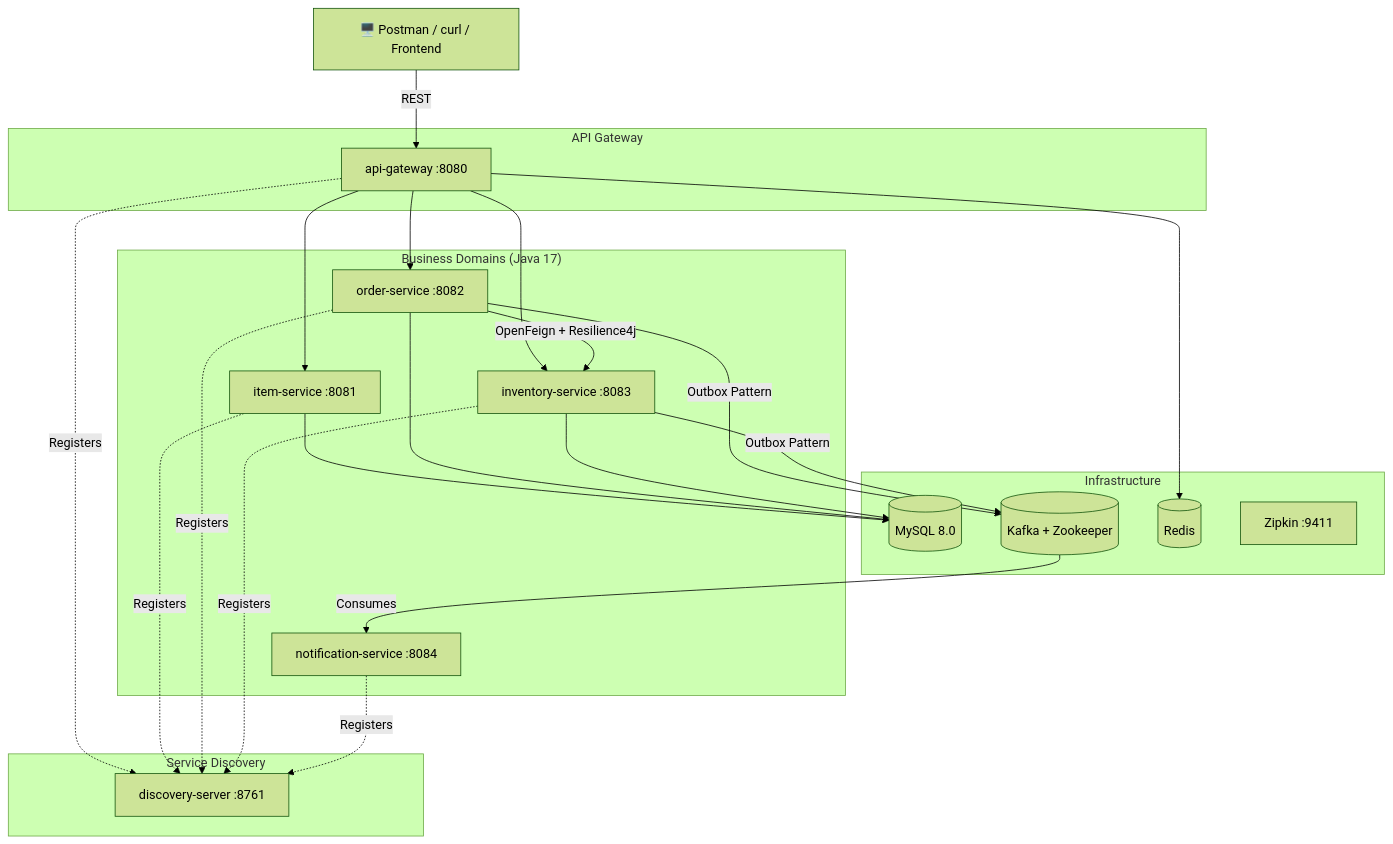
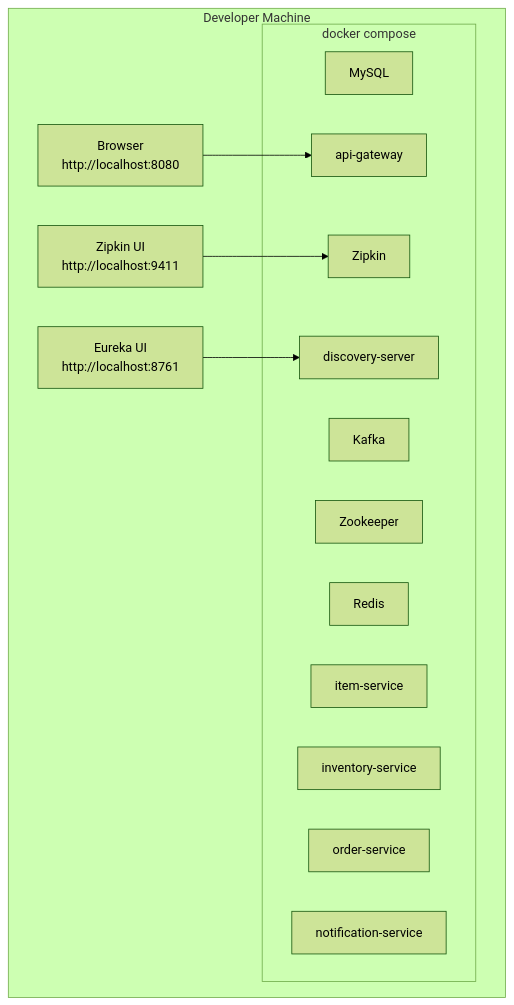
Before and after one commit to byte2code/cnkart: diagram 12 of 13 in README.md, drawn with Mermaid (forest theme). The commit also changed other lines of this file, not shown here.

Commit message:
docs: comprehensive world-class README with full architecture, API, patterns, and dev guide

````diff
--- a/README.md
+++ b/README.md
@@ -26,49 +1130,24 @@
 ```mermaid
 flowchart TB
-    Client["🖥️ Postman / curl / Frontend"]
-
-    subgraph Discovery["Service Discovery"]
-        Eureka["discovery-server :8761"]
+    subgraph LocalMachine["Developer Machine"]
+        subgraph DockerCompose["docker compose"]
+            MySQL
+            Kafka
+            Zookeeper
+            Redis
+            Zipkin
+            DiscoveryServer["discovery-server"]
+            Item["item-service"]
+            Inventory["inventory-service"]
+            Order["order-service"]
+            Notification["notification-service"]
+            Gateway["api-gateway"]
+        end
+        Browser["Browser\nhttp://localhost:8080"]
+        ZipkinUI["Zipkin UI\nhttp://localhost:9411"]
+        EurekaUI["Eureka UI\nhttp://localhost:8761"]
     end
-
-    subgraph Gateway["API Gateway"]
-        APIGateway["api-gateway :8080"]
-    end
-
-    subgraph Services["Business Domains (Java 17)"]
-        Item["item-service :8081"]
-        Order["order-service :8082"]
-        Inventory["inventory-service :8083"]
-        Notification["notification-service :8084"]
-    end
-
-    subgraph Infra["Infrastructure"]
-        MySQL[("MySQL 8.0")]
-        Kafka[("Kafka + Zookeeper")]
-        Redis[("Redis")]
-        Zipkin["Zipkin :9411"]
-    end
-
-    Client -->|REST| APIGateway
-    APIGateway --> Item
-    APIGateway --> Order
-    APIGateway --> Inventory
-
-    APIGateway -.->|Registers| Eureka
-    Item -.->|Registers| Eureka
-    Order -.->|Registers| Eureka
-    Inventory -.->|Registers| Eureka
-    Notification -.->|Registers| Eureka
-
-    Order -->|"OpenFeign + Resilience4j"| Inventory
-
-    Item --> MySQL
-    Order --> MySQL
-    Inventory --> MySQL
-    APIGateway --> Redis
-
-    Order -->|"Outbox Pattern"| Kafka
-    Inventory -->|"Outbox Pattern"| Kafka
-    
-    Kafka -->|"Consumes"| Notification
+    Browser --> Gateway
+    ZipkinUI --> Zipkin
+    EurekaUI --> DiscoveryServer
 ```
````
